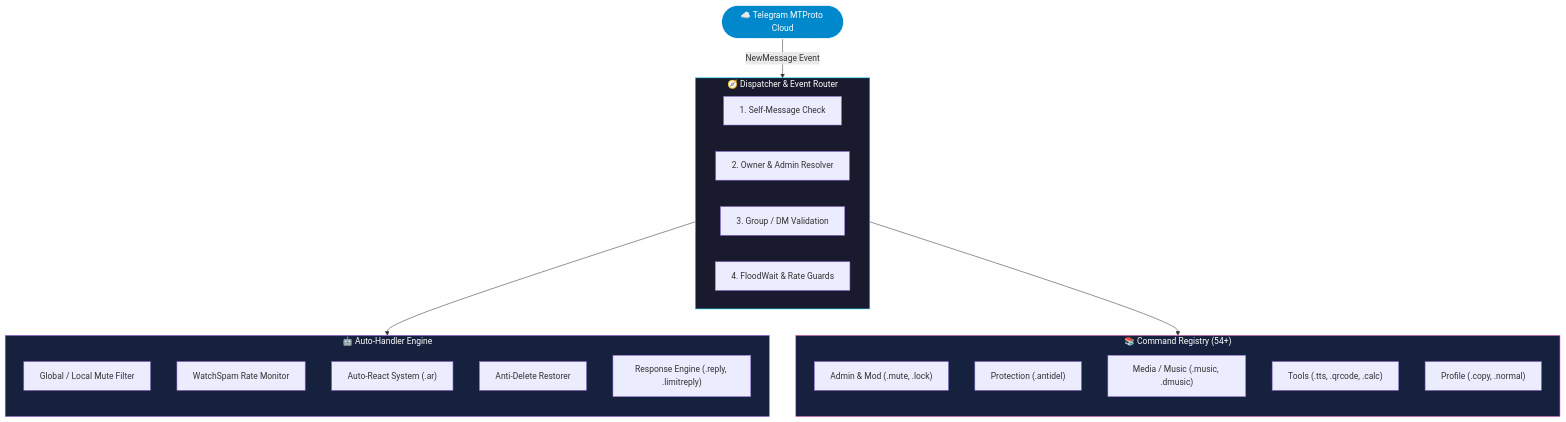
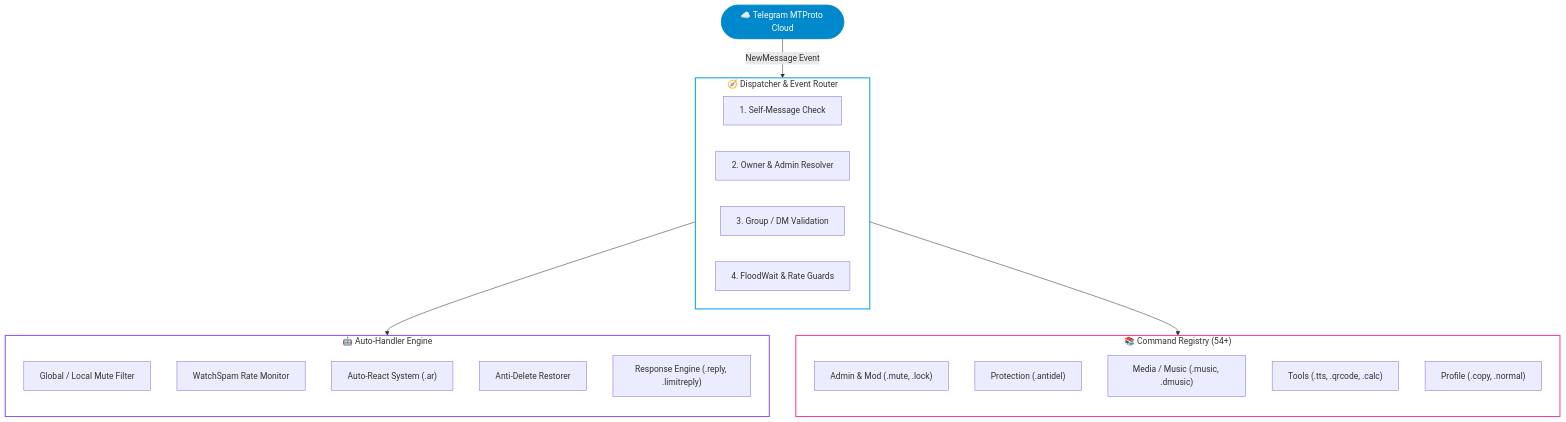
One commit to sumaldevservices-alt/TG-UserBot changed the diagram in README.md. Above: the diagram before and after it, drawn with Mermaid. The commit also changed other lines of this file, not shown here.

````diff
--- a/README.md
+++ b/README.md
@@ -118,38 +122,38 @@
 ```mermaid
 flowchart TD
     TG(["☁️ Telegram MTProto Cloud"]) -->|NewMessage Event| DISP
 
     subgraph DISP["🧭 Dispatcher & Event Router"]
         direction LR
         A1["1. Self-Message Check"]
         A2["2. Owner & Admin Resolver"]
         A3["3. Group / DM Validation"]
         A4["4. FloodWait & Rate Guards"]
     end
 
     DISP --> AUTO
     DISP --> REG
 
     subgraph AUTO["🤖 Auto-Handler Engine"]
         direction TB
         B1["Global / Local Mute Filter"]
         B2["WatchSpam Rate Monitor"]
         B3["Auto-React System (.ar)"]
         B4["Anti-Delete Restorer"]
         B5["Response Engine (.reply, .limitreply)"]
     end
 
     subgraph REG["📚 Command Registry (54+)"]
         direction TB
         C1["Admin & Mod (.mute, .lock)"]
         C2["Protection (.antidel)"]
         C3["Media / Music (.music, .dmusic)"]
         C4["Tools (.tts, .qrcode, .calc)"]
         C5["Profile (.copy, .normal)"]
     end
 
-    style TG fill:#0088cc,stroke:#fff,color:#fff
-    style DISP fill:#1a1a2e,stroke:#00d2ff,color:#fff
-    style AUTO fill:#16213e,stroke:#9b5de5,color:#fff
-    style REG fill:#16213e,stroke:#f15bb5,color:#fff
+    style TG fill:#0088cc,stroke:#0088cc,color:#fff
+    style DISP fill:transparent,stroke:#0ea5e9,stroke-width:2px
+    style AUTO fill:transparent,stroke:#8b5cf6,stroke-width:2px
+    style REG fill:transparent,stroke:#ec4899,stroke-width:2px
 ```
````
